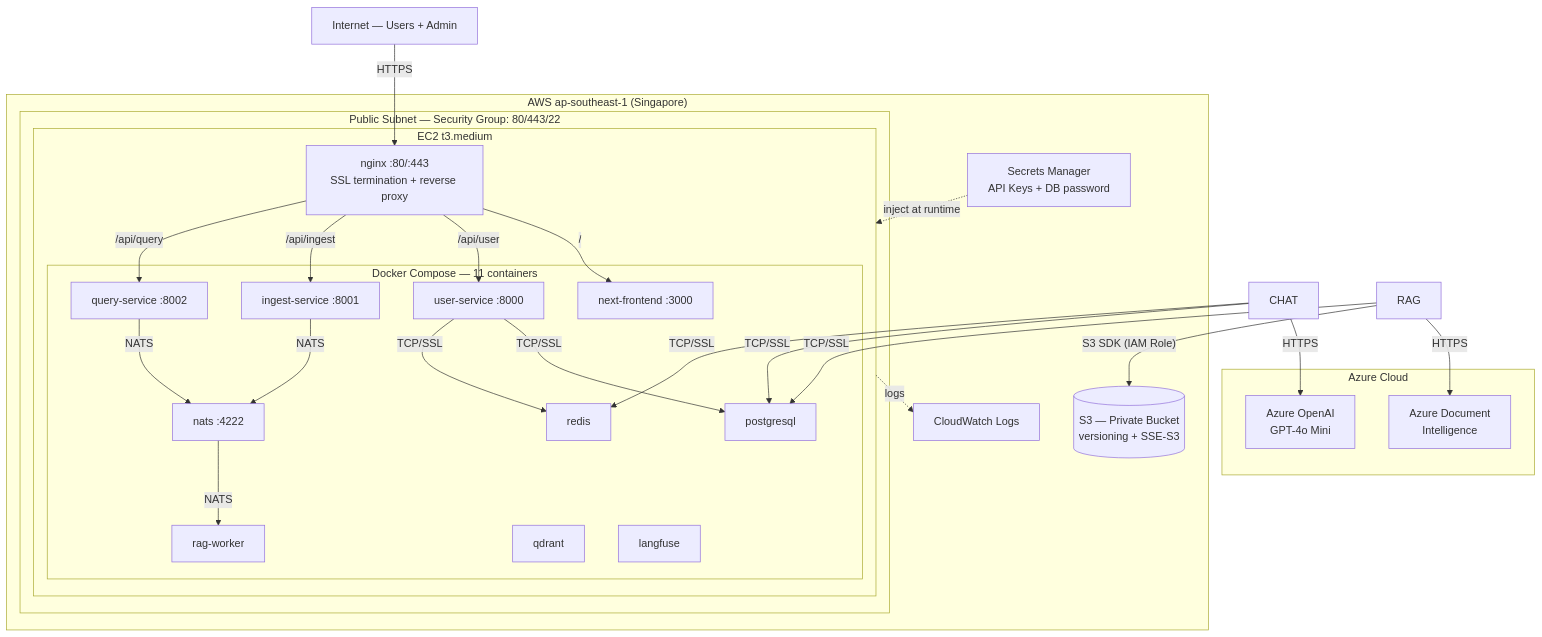
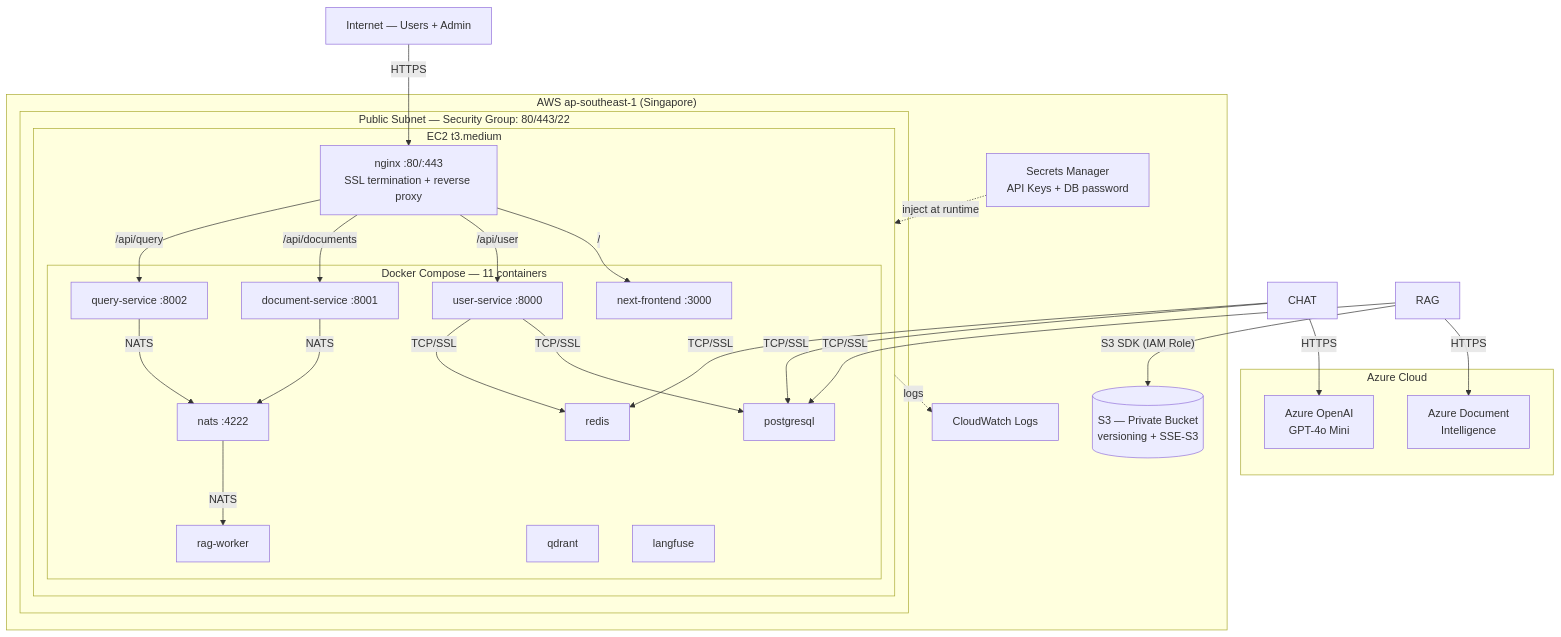
Before and after one commit to cds0987/DA08-VSF-AI: the sixth of 6 diagrams in docs/SA_RAG_Chatbot_Final.md, drawn with Mermaid. The commit also changed other lines of this file and 5 other files, not shown here.

````diff
--- a/docs/SA_RAG_Chatbot_Final.md
+++ b/docs/SA_RAG_Chatbot_Final.md
@@ -654,51 +658,51 @@
 ```mermaid
 graph TB
     INTERNET["Internet — Users + Admin"]
 
     subgraph AWS["AWS ap-southeast-1 (Singapore)"]
         subgraph PUBLIC["Public Subnet — Security Group: 80/443/22"]
             subgraph EC2["EC2 t3.medium"]
                 NGINX["nginx :80/:443\nSSL termination + reverse proxy"]
                 subgraph COMPOSE["Docker Compose — 11 containers"]
                     NEXT["next-frontend :3000"]
                     USVC["user-service :8000"]
-                    INGEST["ingest-service :8001"]
+                    INGEST["document-service :8001"]
                     QUERY["query-service :8002"]
                     RAGW["rag-worker"]
                     NATS["nats :4222"]
                     QD["qdrant"]
                     REDIS["redis"]
                     LF["langfuse"]
                     PG["postgresql"]
                 end
             end
         end
         S3[("S3 — Private Bucket\nversioning + SSE-S3")]
         SM["Secrets Manager\nAPI Keys + DB password"]
         CW["CloudWatch Logs"]
     end
 
     subgraph AZURE["Azure Cloud"]
         AOAI["Azure OpenAI\nGPT-4o Mini"]
         ADI["Azure Document\nIntelligence"]
     end
 
     INTERNET -->|"HTTPS"| NGINX
     NGINX -->|"/"| NEXT
     NGINX -->|"/api/user"| USVC
-    NGINX -->|"/api/ingest"| INGEST
+    NGINX -->|"/api/documents"| INGEST
     NGINX -->|"/api/query"| QUERY
     INGEST -->|"NATS"| NATS
     QUERY -->|"NATS"| NATS
     NATS -->|"NATS"| RAGW
     USVC -->|"TCP/SSL"| PG
     CHAT -->|"TCP/SSL"| PG
     RAG -->|"TCP/SSL"| PG
     CHAT -->|"TCP/SSL"| REDIS
     USVC -->|"TCP/SSL"| REDIS
     RAG -->|"S3 SDK (IAM Role)"| S3
     CHAT -->|"HTTPS"| AOAI
     RAG -->|"HTTPS"| ADI
     SM -.->|"inject at runtime"| EC2
     EC2 -.->|"logs"| CW
 ```
````
